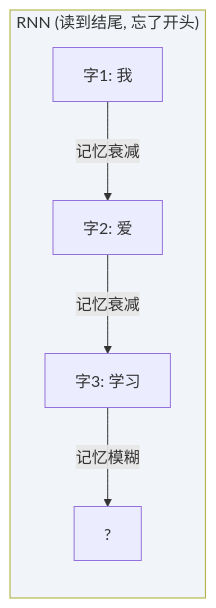
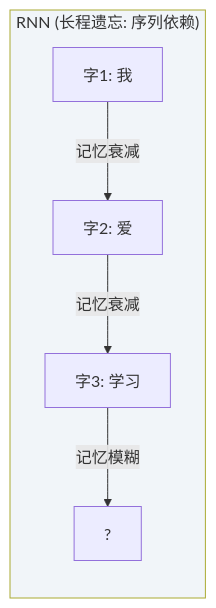
The seventh of 41 diagrams in doc/AI_Knowledge_Roadmap.md (wangchong2023/ai-learning), drawn with Mermaid before and after one commit. The commit also changed other lines of this file, not shown here.

Commit message:
docs: update learning resources and structure in AI Knowledge Roadmap

````diff
--- a/doc/AI_Knowledge_Roadmap.md
+++ b/doc/AI_Knowledge_Roadmap.md
@@ -259,7 +251,7 @@
 ```mermaid
 graph LR
-    subgraph RNN ["RNN (读到结尾, 忘了开头)"]
+    subgraph RNN ["RNN (长程遗忘: 序列依赖)"]
         R1[字1: 我] --记忆衰减--> R2[字2: 爱] --记忆衰减--> R3[字3: 学习] --记忆模糊--> R4[?]
     end
     style RNN fill:#f1f5f9
 ```
````
